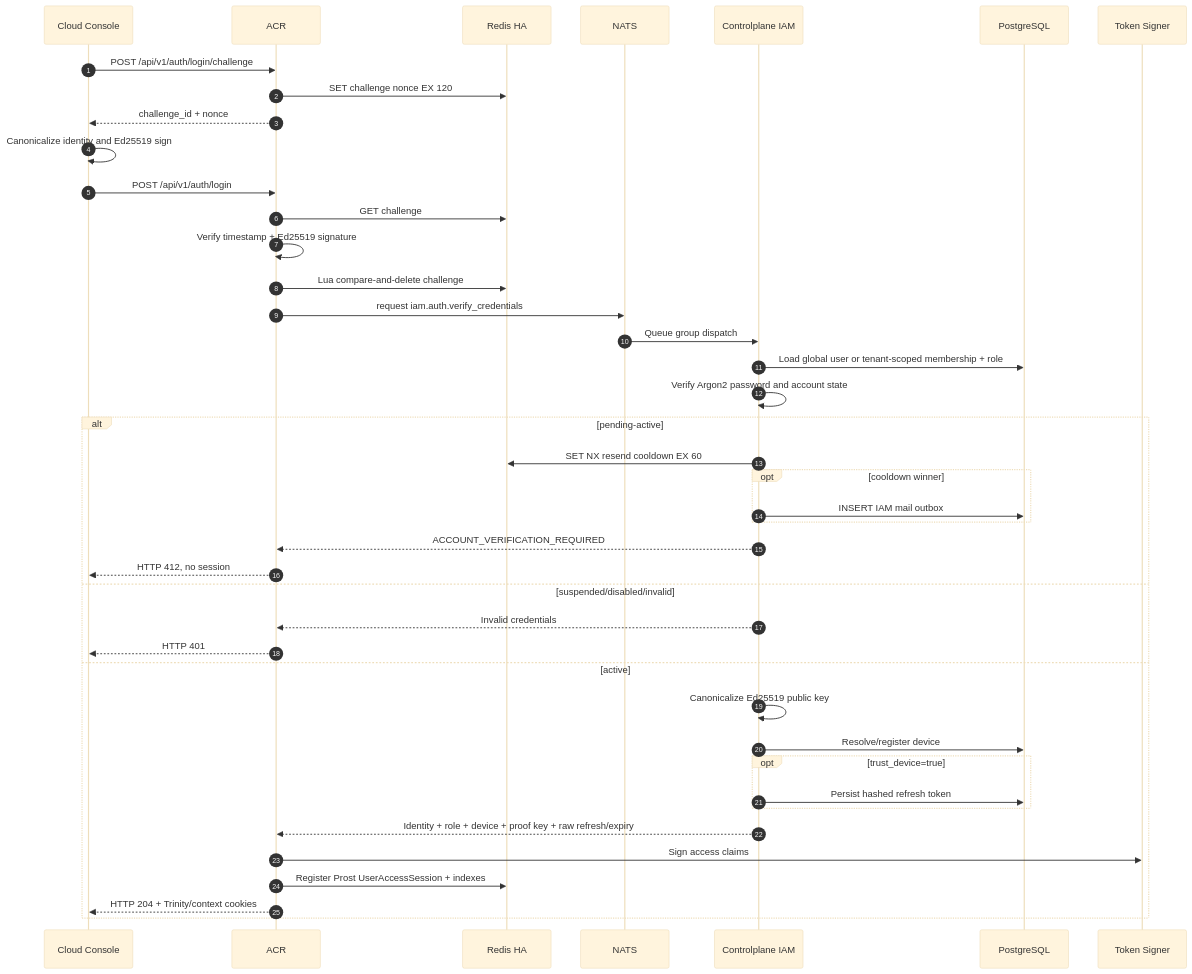
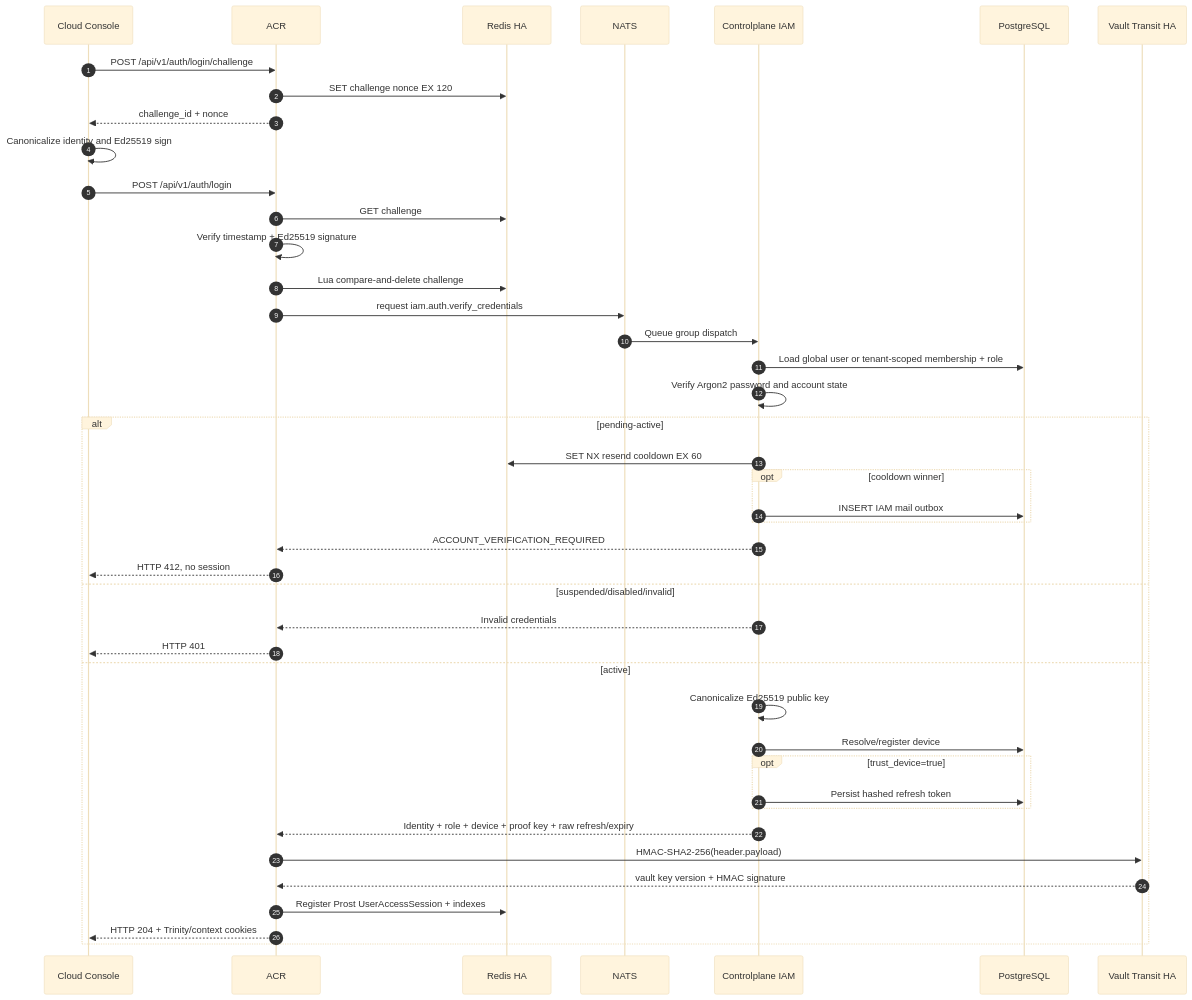
One commit to phucle996/aurora changed the second of 3 diagrams in god_view/iam/user_login_god_view_workflow.md. Above: the diagram before and after it, drawn with Mermaid (base theme). The commit also changed other lines of this file and 56 other files, not shown here.

````diff
--- a/god_view/iam/user_login_god_view_workflow.md
+++ b/god_view/iam/user_login_god_view_workflow.md
@@ -191,45 +194,46 @@
 ```mermaid
 sequenceDiagram
     autonumber
     participant UI as Cloud Console
     participant ACR
     participant Redis as Redis HA
     participant NATS
     participant IAM as Controlplane IAM
     participant DB as PostgreSQL
-    participant Signer as Token Signer
+    participant Vault as Vault Transit HA
 
     UI->>ACR: POST /api/v1/auth/login/challenge
     ACR->>Redis: SET challenge nonce EX 120
     ACR-->>UI: challenge_id + nonce
     UI->>UI: Canonicalize identity and Ed25519 sign
     UI->>ACR: POST /api/v1/auth/login
     ACR->>Redis: GET challenge
     ACR->>ACR: Verify timestamp + Ed25519 signature
     ACR->>Redis: Lua compare-and-delete challenge
     ACR->>NATS: request iam.auth.verify_credentials
     NATS->>IAM: Queue group dispatch
     IAM->>DB: Load global user or tenant-scoped membership + role
     IAM->>IAM: Verify Argon2 password and account state
     alt pending-active
         IAM->>Redis: SET NX resend cooldown EX 60
         opt cooldown winner
             IAM->>DB: INSERT IAM mail outbox
         end
         IAM-->>ACR: ACCOUNT_VERIFICATION_REQUIRED
         ACR-->>UI: HTTP 412, no session
     else suspended/disabled/invalid
         IAM-->>ACR: Invalid credentials
         ACR-->>UI: HTTP 401
     else active
         IAM->>IAM: Canonicalize Ed25519 public key
         IAM->>DB: Resolve/register device
         opt trust_device=true
             IAM->>DB: Persist hashed refresh token
         end
         IAM-->>ACR: Identity + role + device + proof key + raw refresh/expiry
-        ACR->>Signer: Sign access claims
+        ACR->>Vault: HMAC-SHA2-256(header.payload)
+        Vault-->>ACR: vault key version + HMAC signature
         ACR->>Redis: Register Prost UserAccessSession + indexes
         ACR-->>UI: HTTP 204 + Trinity/context cookies
     end
 ```
````
